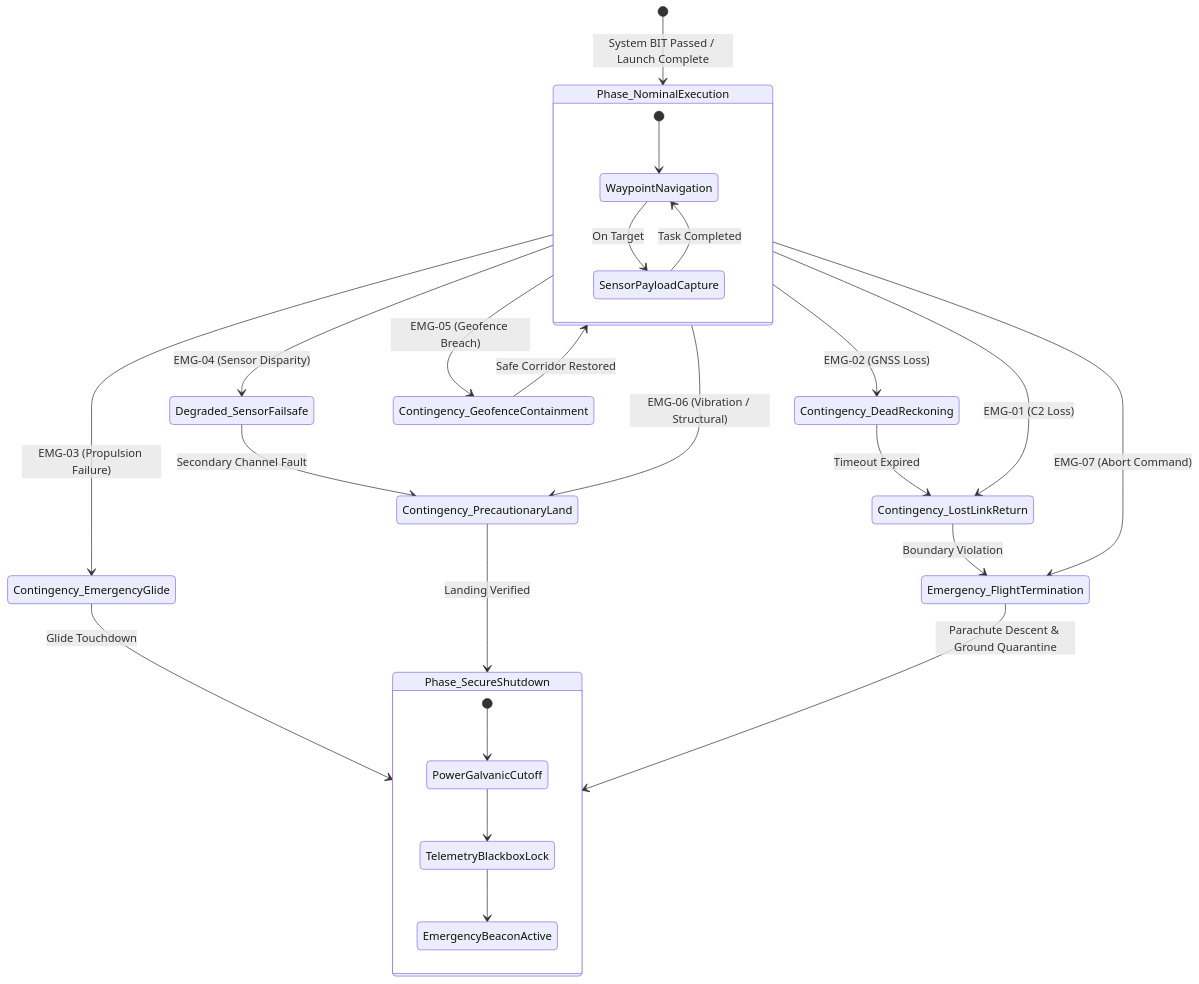
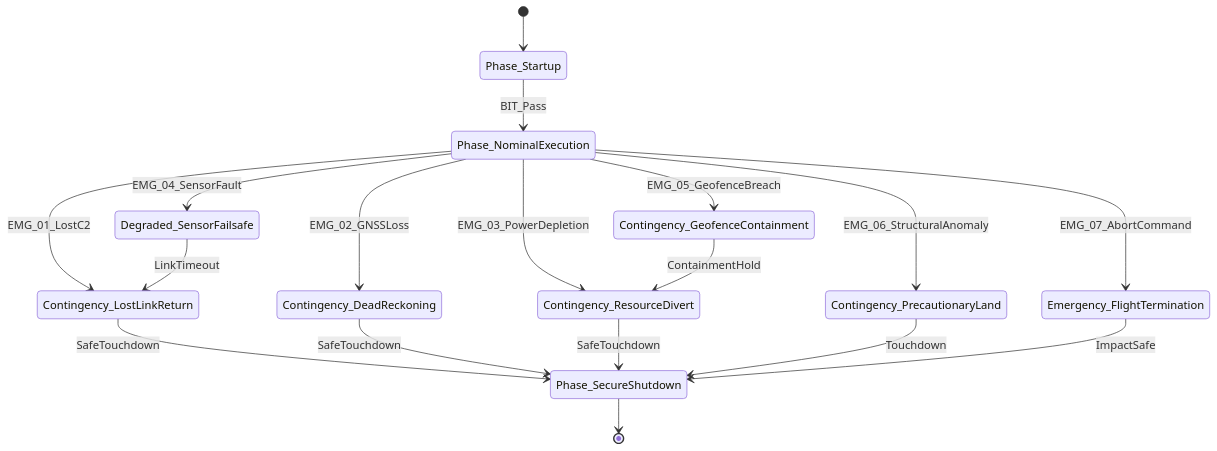
One commit to gintatkinson/uav-13 changed the diagram in skills/spec-conops-engineering/resources/units/conops/12_EMERGENCY_DECISION_MATRIX.md. Above: the diagram before and after it, drawn with Mermaid. The commit also changed other lines of this file and 128 other files, not shown here.

````diff
--- a/skills/spec-conops-engineering/resources/units/conops/12_EMERGENCY_DECISION_MATRIX.md
+++ b/skills/spec-conops-engineering/resources/units/conops/12_EMERGENCY_DECISION_MATRIX.md
@@ -37,32 +35,20 @@
 ```mermaid
 stateDiagram-v2
-    [*] --> Phase_NominalExecution : System BIT Passed / Launch Complete
-
-    state Phase_NominalExecution {
-        [*] --> WaypointNavigation
-        WaypointNavigation --> SensorPayloadCapture : On Target
-        SensorPayloadCapture --> WaypointNavigation : Task Completed
-    }
-
-    Phase_NominalExecution --> Degraded_SensorFailsafe : EMG-04 (Sensor Disparity)
-    Phase_NominalExecution --> Contingency_DeadReckoning : EMG-02 (GNSS Loss)
-    Phase_NominalExecution --> Contingency_LostLinkReturn : EMG-01 (C2 Loss)
-    Phase_NominalExecution --> Contingency_GeofenceContainment : EMG-05 (Geofence Breach)
-    Phase_NominalExecution --> Contingency_PrecautionaryLand : EMG-06 (Vibration / Structural)
-    Phase_NominalExecution --> Contingency_EmergencyGlide : EMG-03 (Propulsion Failure)
-    Phase_NominalExecution --> Emergency_FlightTermination : EMG-07 (Abort Command)
-
-    Degraded_SensorFailsafe --> Contingency_PrecautionaryLand : Secondary Channel Fault
-    Contingency_DeadReckoning --> Contingency_LostLinkReturn : Timeout Expired
-    Contingency_LostLinkReturn --> Emergency_FlightTermination : Boundary Violation
-    Contingency_GeofenceContainment --> Phase_NominalExecution : Safe Corridor Restored
-    Contingency_EmergencyGlide --> Phase_SecureShutdown : Glide Touchdown
-    Contingency_PrecautionaryLand --> Phase_SecureShutdown : Landing Verified
-    Emergency_FlightTermination --> Phase_SecureShutdown : Parachute Descent & Ground Quarantine
-
-    state Phase_SecureShutdown {
-        [*] --> PowerGalvanicCutoff
-        PowerGalvanicCutoff --> TelemetryBlackboxLock
-        TelemetryBlackboxLock --> EmergencyBeaconActive
-    }
+    [*] --> Phase_Startup
+    Phase_Startup --> Phase_NominalExecution : BIT_Pass
+    Phase_NominalExecution --> Degraded_SensorFailsafe : EMG_04_SensorFault
+    Phase_NominalExecution --> Contingency_LostLinkReturn : EMG_01_LostC2
+    Phase_NominalExecution --> Contingency_DeadReckoning : EMG_02_GNSSLoss
+    Phase_NominalExecution --> Contingency_ResourceDivert : EMG_03_PowerDepletion
+    Phase_NominalExecution --> Contingency_GeofenceContainment : EMG_05_GeofenceBreach
+    Phase_NominalExecution --> Contingency_PrecautionaryLand : EMG_06_StructuralAnomaly
+    Phase_NominalExecution --> Emergency_FlightTermination : EMG_07_AbortCommand
+    Degraded_SensorFailsafe --> Contingency_LostLinkReturn : LinkTimeout
+    Contingency_LostLinkReturn --> Phase_SecureShutdown : SafeTouchdown
+    Contingency_DeadReckoning --> Phase_SecureShutdown : SafeTouchdown
+    Contingency_ResourceDivert --> Phase_SecureShutdown : SafeTouchdown
+    Contingency_GeofenceContainment --> Contingency_ResourceDivert : ContainmentHold
+    Contingency_PrecautionaryLand --> Phase_SecureShutdown : Touchdown
+    Emergency_FlightTermination --> Phase_SecureShutdown : ImpactSafe
+    Phase_SecureShutdown --> [*]
 ```
````
